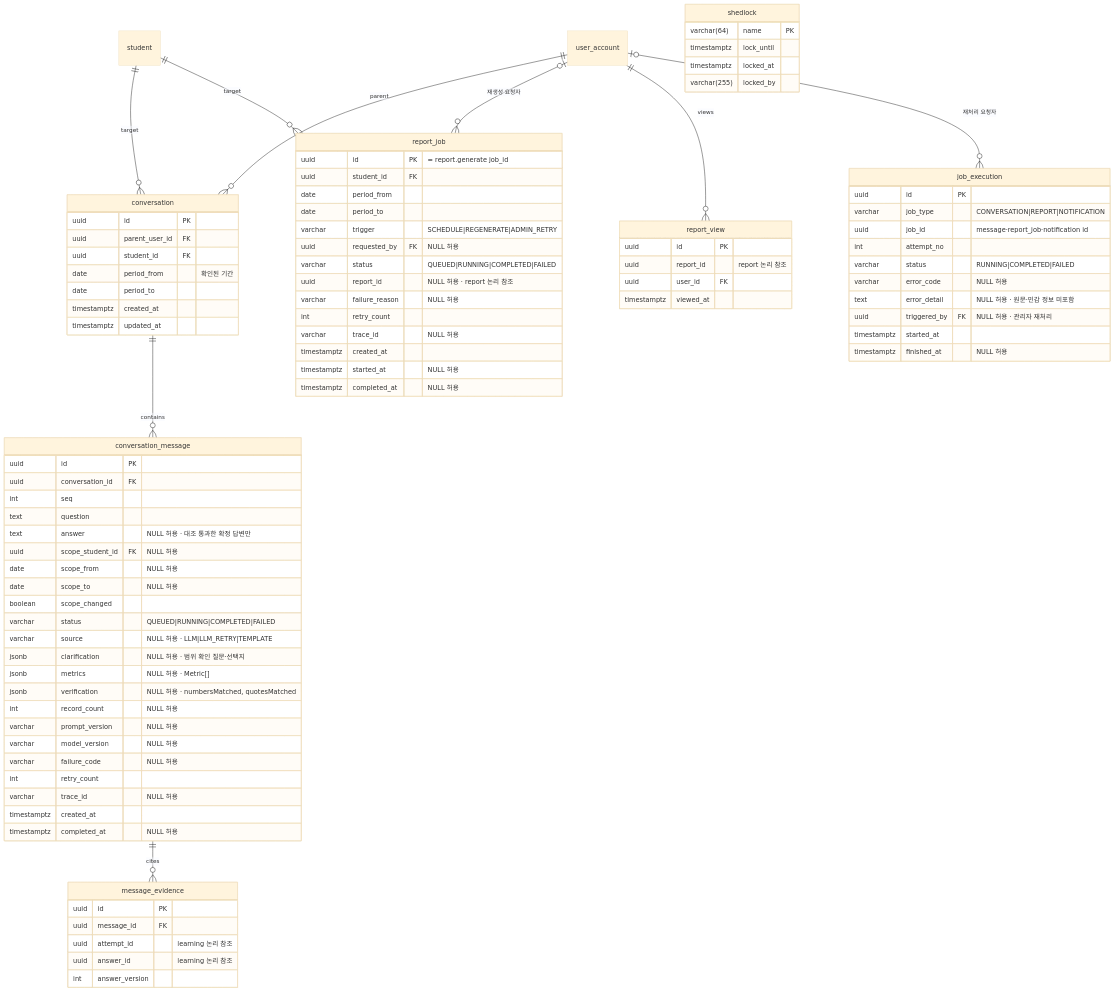
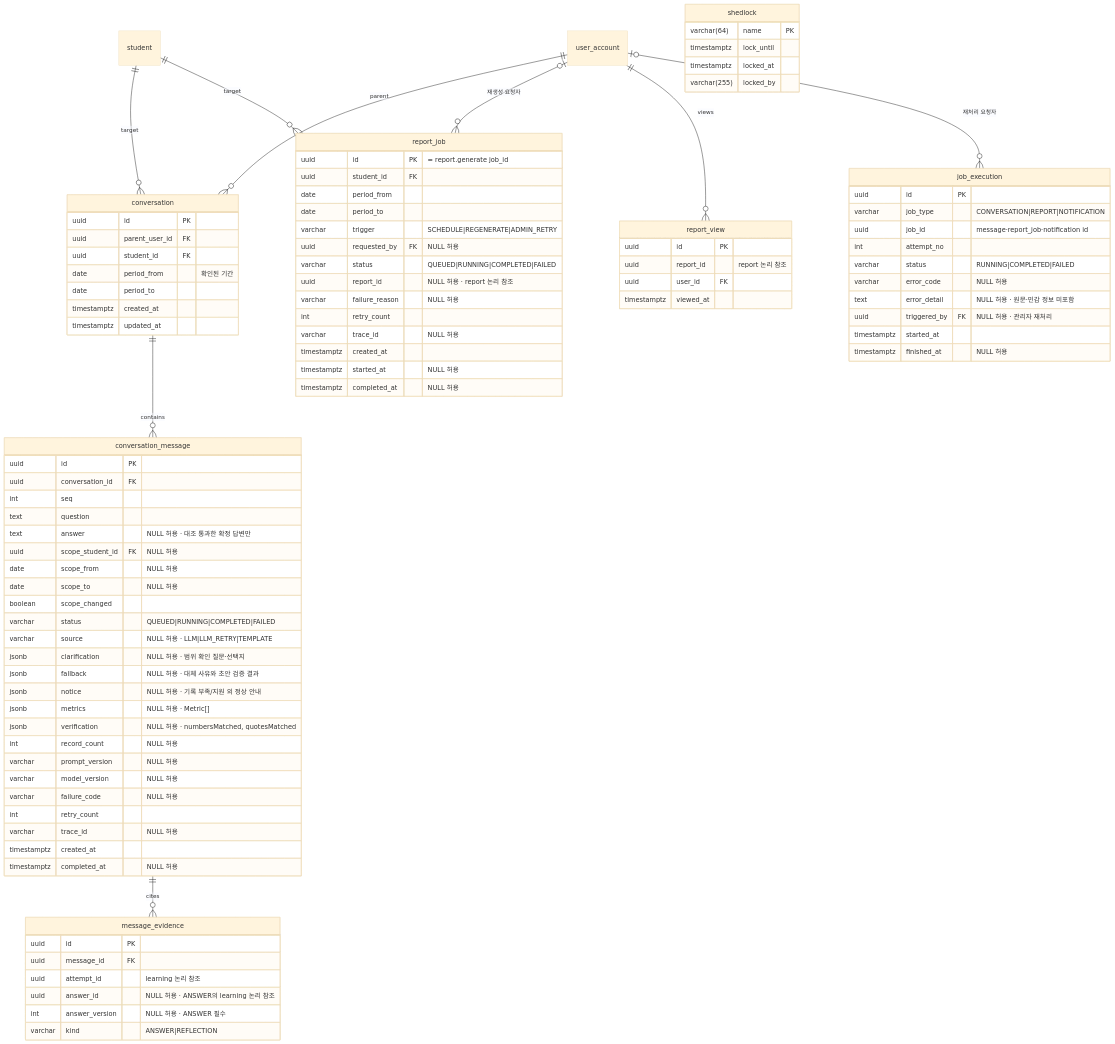
Before and after one commit to SKNETWORKS-FAMILY-AICAMP/SKN34-FINAL-3TEAM: the fourth of 11 diagrams in docs/design/erd.md, drawn with Mermaid (base theme). The commit also changed 30 other files, not shown here.

```diff
--- a/docs/design/erd.md
+++ b/docs/design/erd.md
@@ -275,6 +275,8 @@
     varchar status "QUEUED|RUNNING|COMPLETED|FAILED"
     varchar source "NULL 허용 · LLM|LLM_RETRY|TEMPLATE"
     jsonb clarification "NULL 허용 · 범위 확인 질문·선택지"
+    jsonb fallback "NULL 허용 · 대체 사유와 초안 검증 결과"
+    jsonb notice "NULL 허용 · 기록 부족/지원 외 정상 안내"
     jsonb metrics "NULL 허용 · Metric[]"
     jsonb verification "NULL 허용 · numbersMatched, quotesMatched"
     int record_count "NULL 허용"
@@ -290,8 +292,9 @@
     uuid id PK
     uuid message_id FK
     uuid attempt_id "learning 논리 참조"
-    uuid answer_id "learning 논리 참조"
-    int answer_version
+    uuid answer_id "NULL 허용 · ANSWER의 learning 논리 참조"
+    int answer_version "NULL 허용 · ANSWER 필수"
+    varchar kind "ANSWER|REFLECTION"
   }
   report_job {
     uuid id PK "= report.generate job_id"
```
